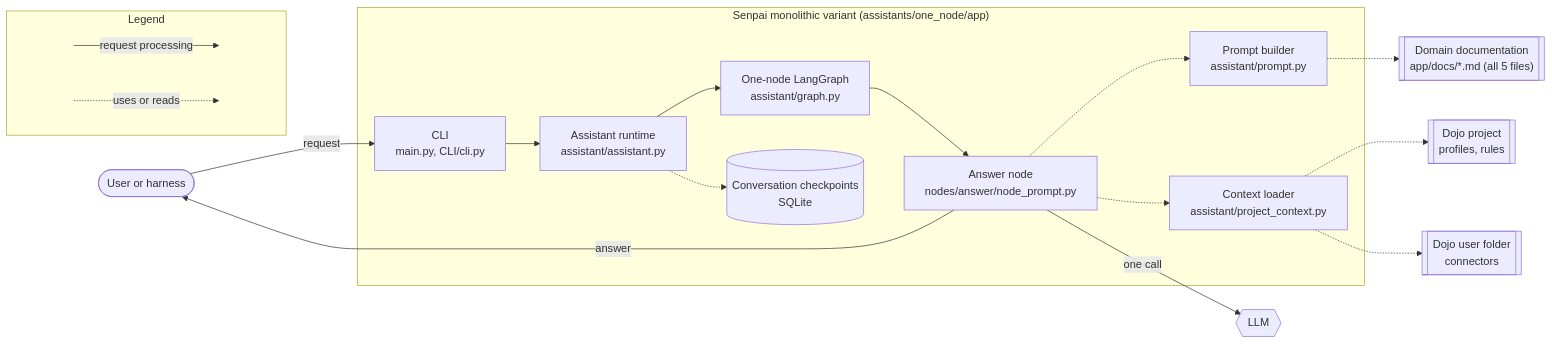
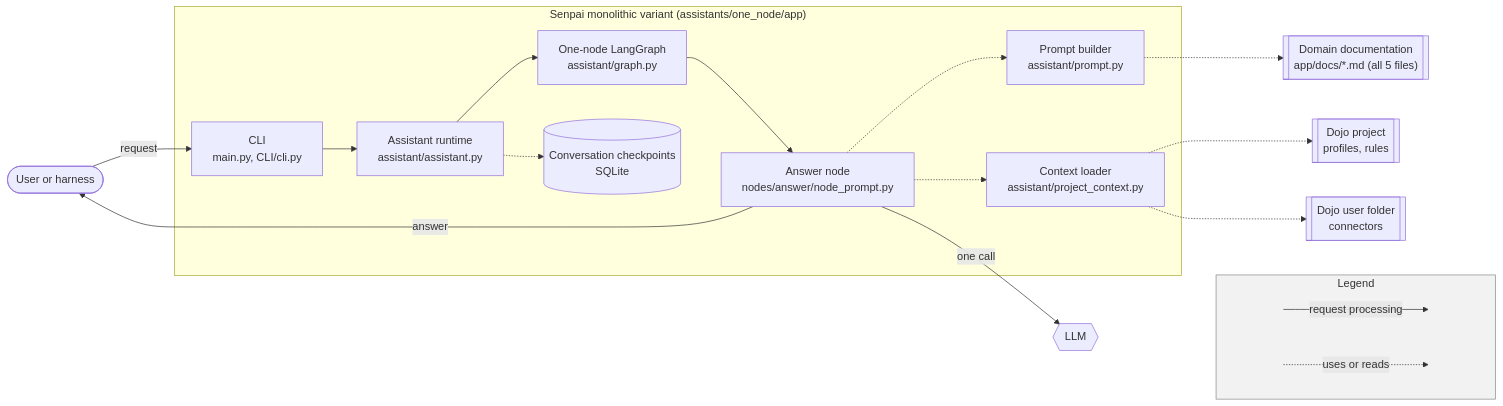
One commit to miso-booster/senpai-experiments changed the first of 2 diagrams in docs/architecture/monolithic.md. Above: the diagram before and after it, drawn with Mermaid. The commit also changed 2 other files, not shown here.

Commit message:
Move the legends to the bottom right of the component views, in a grey box

````diff
--- a/docs/architecture/monolithic.md
+++ b/docs/architecture/monolithic.md
@@ -9,34 +9,36 @@
 ```mermaid
 flowchart LR
     user([User or harness])
     subgraph senpai["Senpai monolithic variant (assistants/one_node/app)"]
         cli["CLI<br/>main.py, CLI/cli.py"]
         asst["Assistant runtime<br/>assistant/assistant.py"]
         onegraph["One-node LangGraph<br/>assistant/graph.py"]
         node["Answer node<br/>nodes/answer/node_prompt.py"]
         prompt["Prompt builder<br/>assistant/prompt.py"]
         ctx["Context loader<br/>assistant/project_context.py"]
         mem[("Conversation checkpoints<br/>SQLite")]
     end
     docs[["Domain documentation<br/>app/docs/*.md (all 5 files)"]]
     proj[["Dojo project<br/>profiles, rules"]]
     usr[["Dojo user folder<br/>connectors"]]
     llm{{"LLM"}}
 
     user -->|request| cli --> asst --> onegraph --> node
     asst -.-> mem
     node -.-> prompt
     node -.-> ctx
     prompt -.-> docs
     ctx -.-> proj
     ctx -.-> usr
     node -->|one call| llm
     node -->|answer| user
 
     subgraph legend["Legend"]
         direction LR
         la[" "]:::ghost -->|request processing| lb[" "]:::ghost
         lc[" "]:::ghost -.->|uses or reads| ld[" "]:::ghost
     end
+    llm ~~~ legend
     classDef ghost fill:none,stroke:none
+    style legend fill:#f2f2f2,stroke:#888
 ```
````
